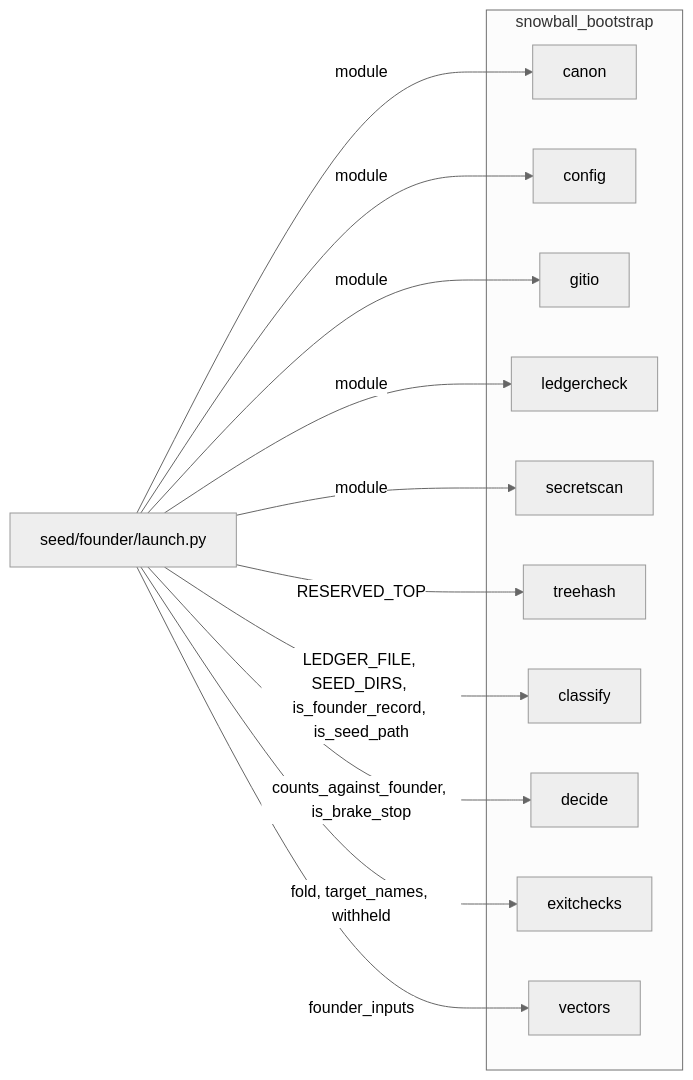
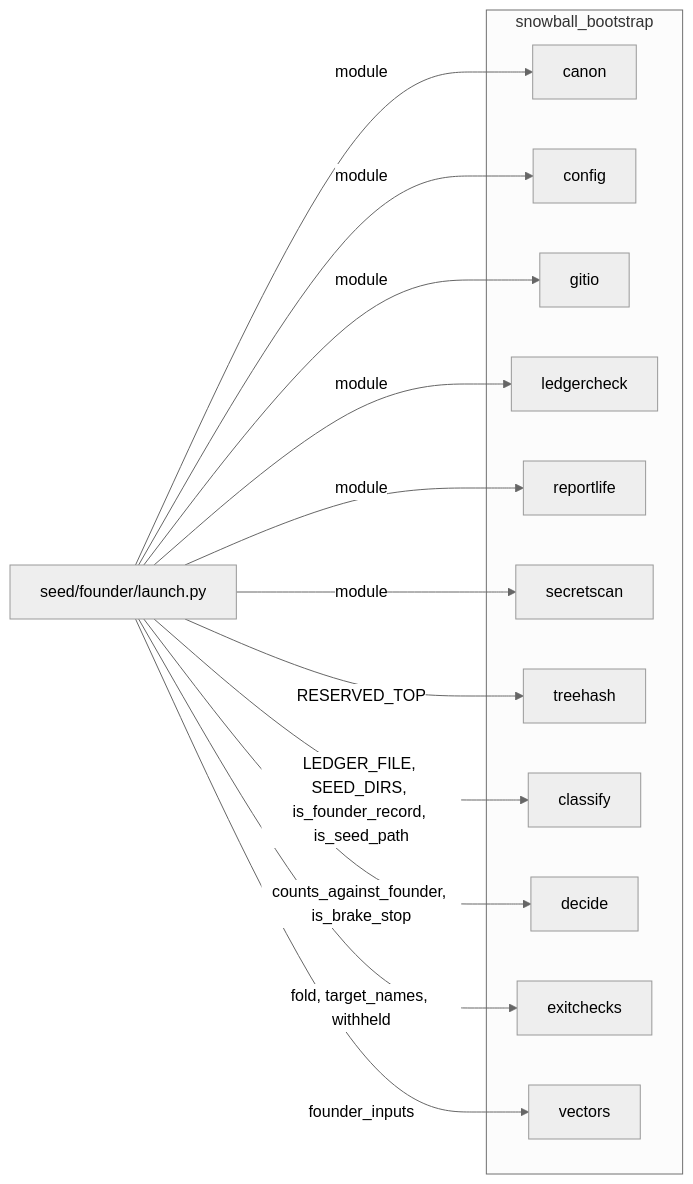
One commit to Okan-wqm/snowball-mcp changed the eighth of 8 diagrams in docs/harita.md. Above: the diagram before and after it, drawn with Mermaid (neutral theme). The commit also changed other lines of this file and 14 other files, not shown here.

````diff
--- a/docs/harita.md
+++ b/docs/harita.md
@@ -452,26 +457,28 @@
 ```mermaid
 flowchart LR
   launcher["seed/founder/launch.py"]
   subgraph pkg["snowball_bootstrap"]
     m_canon["canon"]
     m_config["config"]
     m_gitio["gitio"]
     m_ledgercheck["ledgercheck"]
+    m_reportlife["reportlife"]
     m_secretscan["secretscan"]
     m_treehash["treehash"]
     m_classify["classify"]
     m_decide["decide"]
     m_exitchecks["exitchecks"]
     m_vectors["vectors"]
   end
   launcher -->|module| m_canon
   launcher -->|module| m_config
   launcher -->|module| m_gitio
   launcher -->|module| m_ledgercheck
+  launcher -->|module| m_reportlife
   launcher -->|module| m_secretscan
   launcher -->|RESERVED_TOP| m_treehash
   launcher -->|LEDGER_FILE, SEED_DIRS, is_founder_record, is_seed_path| m_classify
   launcher -->|counts_against_founder, is_brake_stop| m_decide
   launcher -->|fold, target_names, withheld| m_exitchecks
   launcher -->|founder_inputs| m_vectors
 ```
````
